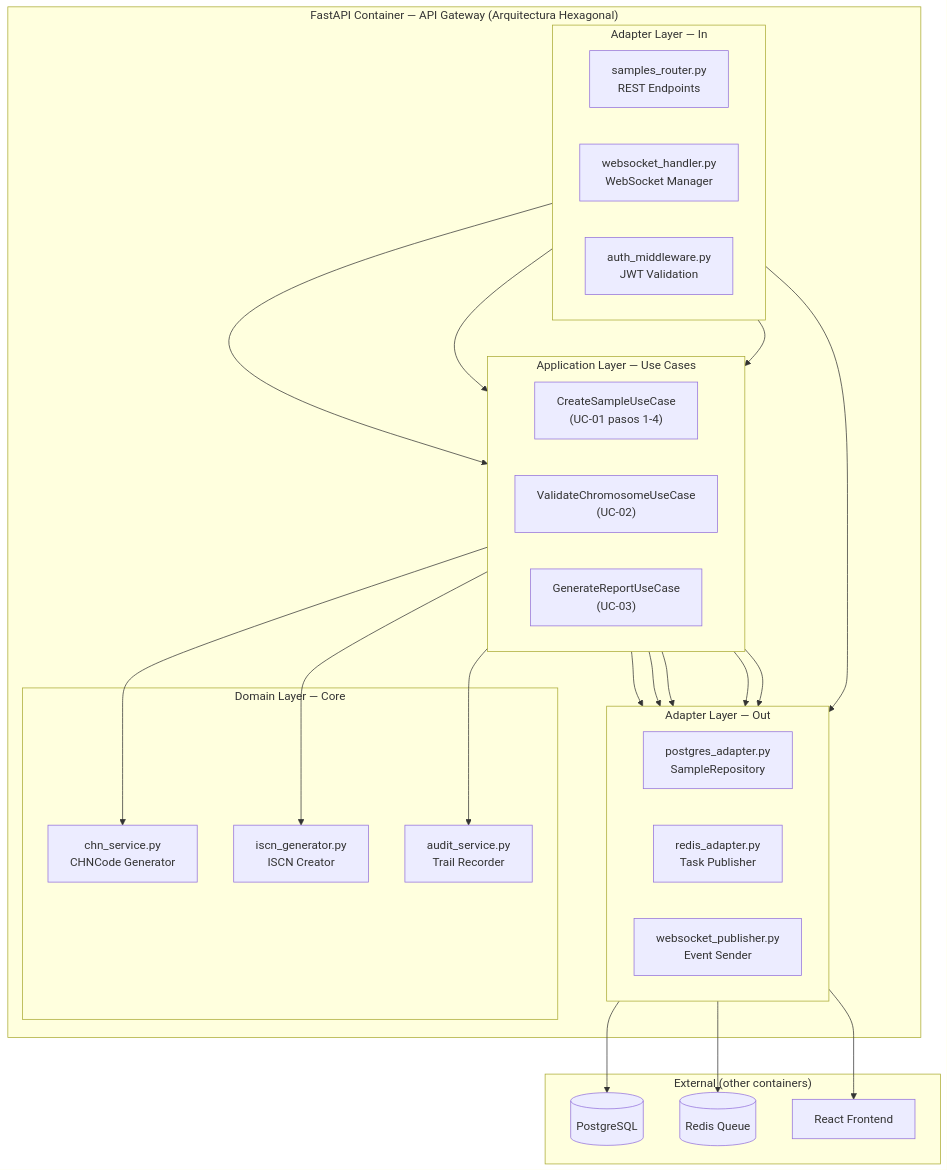
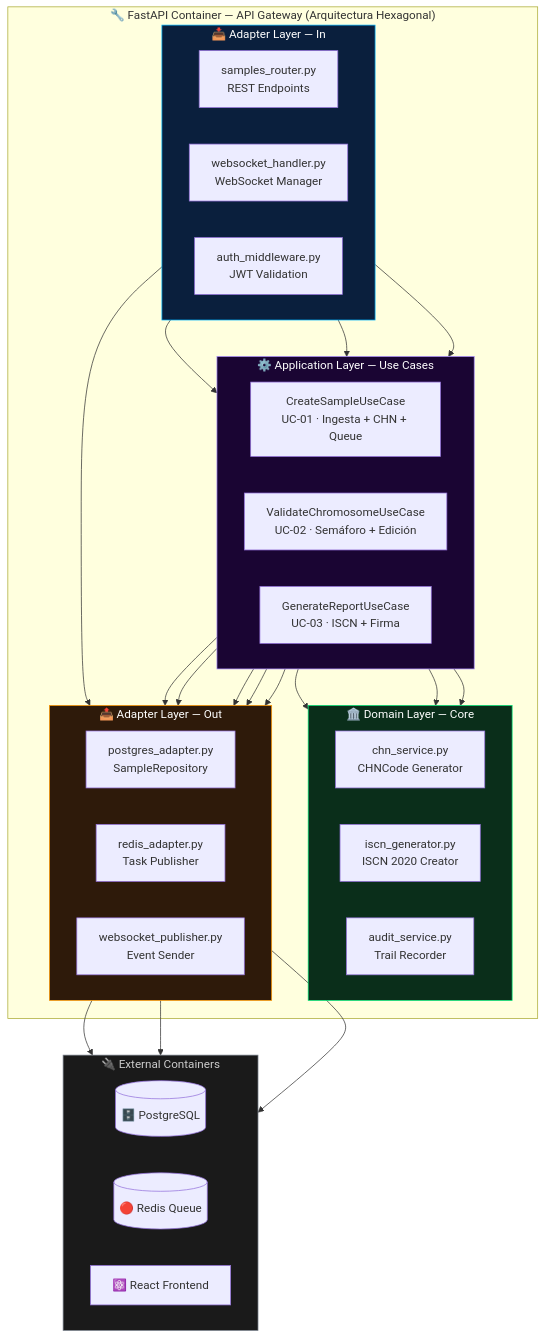
The third of 5 diagrams in docs/dti/DTI_borrador.md (guillemc92/karyoumss), drawn with Mermaid before and after one commit. The commit also changed other lines of this file, not shown here.

First line of the commit message:
docs(dti): fix all Mermaid diagrams for GitHub rendering

````diff
--- a/docs/dti/DTI_borrador.md
+++ b/docs/dti/DTI_borrador.md
@@ -252,58 +280,70 @@
 ```mermaid
 flowchart TB
-    subgraph FastAPI ["FastAPI Container — API Gateway (Arquitectura Hexagonal)"]
+    subgraph FastAPI ["🔧 FastAPI Container — API Gateway (Arquitectura Hexagonal)"]
 
-        subgraph AdapterIn ["Adapter Layer — In"]
+        subgraph AdapterIn ["📥 Adapter Layer — In"]
             direction LR
-            REST_Router["samples_router.py\nREST Endpoints"]
-            WS_Handler["websocket_handler.py\nWebSocket Manager"]
-            Auth_Middleware["auth_middleware.py\nJWT Validation"]
+            REST_Router["samples_router.py<br/>REST Endpoints"]
+            WS_Handler["websocket_handler.py<br/>WebSocket Manager"]
+            Auth_Middleware["auth_middleware.py<br/>JWT Validation"]
         end
 
-        subgraph AppLayer ["Application Layer — Use Cases"]
+        subgraph AppLayer ["⚙️ Application Layer — Use Cases"]
             direction LR
-            CreateSampleUC["CreateSampleUseCase\n(UC-01 pasos 1-4)"]
-            ValidateChromosomeUC["ValidateChromosomeUseCase\n(UC-02)"]
-            GenerateReportUC["GenerateReportUseCase\n(UC-03)"]
+            CreateSampleUC["CreateSampleUseCase<br/>UC-01 · Ingesta + CHN + Queue"]
+            ValidateChromosomeUC["ValidateChromosomeUseCase<br/>UC-02 · Semáforo + Edición"]
+            GenerateReportUC["GenerateReportUseCase<br/>UC-03 · ISCN + Firma"]
         end
 
-        subgraph DomainLayer ["Domain Layer — Core"]
-            CHN_Service["chn_service.py\nCHNCode Generator"]
-            ISCN_Service["iscn_generator.py\nISCN Creator"]
-            Audit_Service["audit_service.py\nTrail Recorder"]
+        subgraph DomainLayer ["🏛️ Domain Layer — Core"]
+            direction LR
+            CHN_Service["chn_service.py<br/>CHNCode Generator"]
+            ISCN_Service["iscn_generator.py<br/>ISCN 2020 Creator"]
+            Audit_Service["audit_service.py<br/>Trail Recorder"]
         end
 
-        subgraph AdapterOut ["Adapter Layer — Out"]
+        subgraph AdapterOut ["📤 Adapter Layer — Out"]
             direction LR
-            PG_Adapter["postgres_adapter.py\nSampleRepository"]
-            Redis_Adapter["redis_adapter.py\nTask Publisher"]
-            WS_Publisher["websocket_publisher.py\nEvent Sender"]
+            PG_Adapter["postgres_adapter.py<br/>SampleRepository"]
+            Redis_Adapter["redis_adapter.py<br/>Task Publisher"]
+            WS_Publisher["websocket_publisher.py<br/>Event Sender"]
         end
     end
 
-    subgraph External ["External (other containers)"]
-        PG[(PostgreSQL)]
-        Redis[(Redis Queue)]
-        UI[React Frontend]
+    subgraph External ["🔌 External Containers"]
+        direction LR
+        PG[("🗄️ PostgreSQL")]
+        Redis[("🔴 Redis Queue")]
+        UI["⚛️ React Frontend"]
     end
 
+    %% Adapter In → Use Cases
     REST_Router --> CreateSampleUC
     REST_Router --> ValidateChromosomeUC
     REST_Router --> GenerateReportUC
-    WS_Handler --> WS_Publisher
+    WS_Handler  --> WS_Publisher
 
-    CreateSampleUC --> CHN_Service
-    CreateSampleUC --> PG_Adapter
-    CreateSampleUC --> Redis_Adapter
+    %% Use Cases → Domain
+    CreateSampleUC      --> CHN_Service
+    ValidateChromosomeUC --> Audit_Service
+    GenerateReportUC    --> ISCN_Service
 
-    ValidateChromosomeUC --> Audit_Service
+    %% Use Cases → Adapter Out
+    CreateSampleUC      --> PG_Adapter
+    CreateSampleUC      --> Redis_Adapter
     ValidateChromosomeUC --> PG_Adapter
+    GenerateReportUC    --> PG_Adapter
+    GenerateReportUC    --> WS_Publisher
 
-    GenerateReportUC --> ISCN_Service
-    GenerateReportUC --> PG_Adapter
-    GenerateReportUC --> WS_Publisher
+    %% Adapter Out → External
+    PG_Adapter    --> PG
+    Redis_Adapter --> Redis
+    WS_Publisher  --> UI
 
-    PG_Adapter --> PG
-    Redis_Adapter --> Redis
-    WS_Publisher --> UI
+    %% Estilos
+    style AdapterIn   fill:#0a1f3d,stroke:#00b4ff,color:#fff
+    style AppLayer    fill:#1a0533,stroke:#a78bfa,color:#fff
+    style DomainLayer fill:#0a2e1a,stroke:#00e676,color:#fff
+    style AdapterOut  fill:#2e1a0a,stroke:#ff9800,color:#fff
+    style External    fill:#1a1a1a,stroke:#7d8590,color:#ccc
 ```
````
